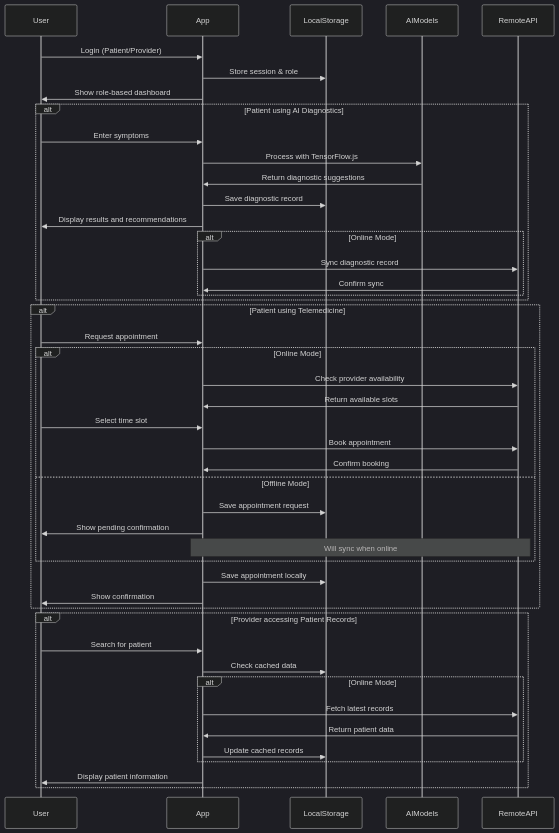
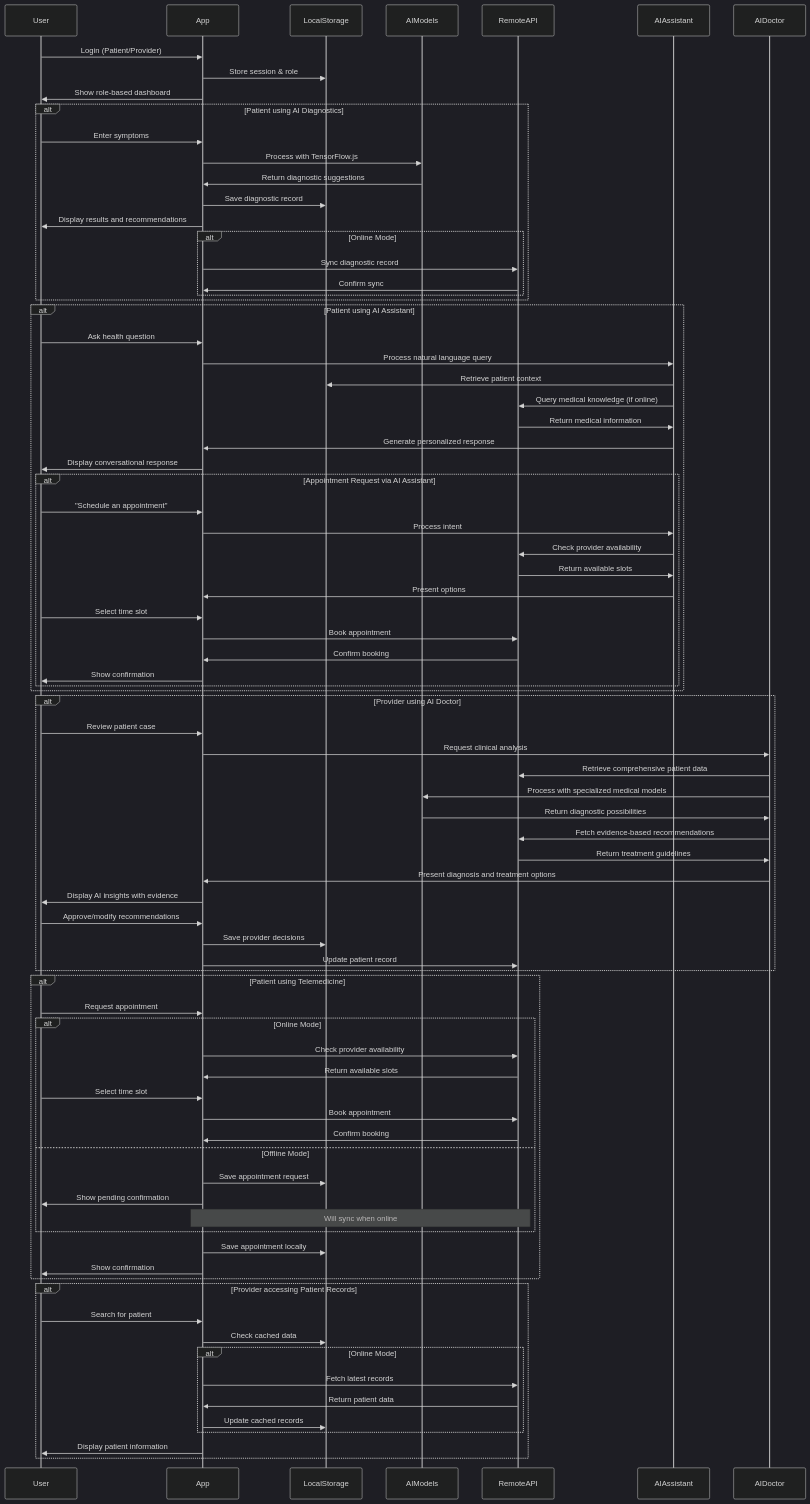
The fourth of 5 diagrams in docs/architecture.md (jaffarkeikei/kwecare-bridge-health), drawn with Mermaid (dark theme) before and after one commit. The commit also changed other lines of this file and 30 other files, not shown here.

Commit message:
Add ai architecture

```diff
--- a/docs/architecture.md
+++ b/docs/architecture.md
@@ -100,6 +218,8 @@
     participant LocalStorage
     participant AIModels
     participant RemoteAPI
+    participant AIAssistant
+    participant AIDoctor
 
     User->>App: Login (Patient/Provider)
     App->>LocalStorage: Store session & role
@@ -116,6 +236,43 @@
             App->>RemoteAPI: Sync diagnostic record
             RemoteAPI->>App: Confirm sync
         end
+    end
+    
+    alt Patient using AI Assistant
+        User->>App: Ask health question
+        App->>AIAssistant: Process natural language query
+        AIAssistant->>LocalStorage: Retrieve patient context
+        AIAssistant->>RemoteAPI: Query medical knowledge (if online)
+        RemoteAPI->>AIAssistant: Return medical information
+        AIAssistant->>App: Generate personalized response
+        App->>User: Display conversational response
+        
+        alt Appointment Request via AI Assistant
+            User->>App: "Schedule an appointment"
+            App->>AIAssistant: Process intent
+            AIAssistant->>RemoteAPI: Check provider availability
+            RemoteAPI->>AIAssistant: Return available slots
+            AIAssistant->>App: Present options
+            User->>App: Select time slot
+            App->>RemoteAPI: Book appointment
+            RemoteAPI->>App: Confirm booking
+            App->>User: Show confirmation
+        end
+    end
+    
+    alt Provider using AI Doctor
+        User->>App: Review patient case
+        App->>AIDoctor: Request clinical analysis
+        AIDoctor->>RemoteAPI: Retrieve comprehensive patient data
+        AIDoctor->>AIModels: Process with specialized medical models
+        AIModels->>AIDoctor: Return diagnostic possibilities 
+        AIDoctor->>RemoteAPI: Fetch evidence-based recommendations
+        RemoteAPI->>AIDoctor: Return treatment guidelines
+        AIDoctor->>App: Present diagnosis and treatment options
+        App->>User: Display AI insights with evidence
+        User->>App: Approve/modify recommendations
+        App->>LocalStorage: Save provider decisions
+        App->>RemoteAPI: Update patient record
     end
     
     alt Patient using Telemedicine
```
